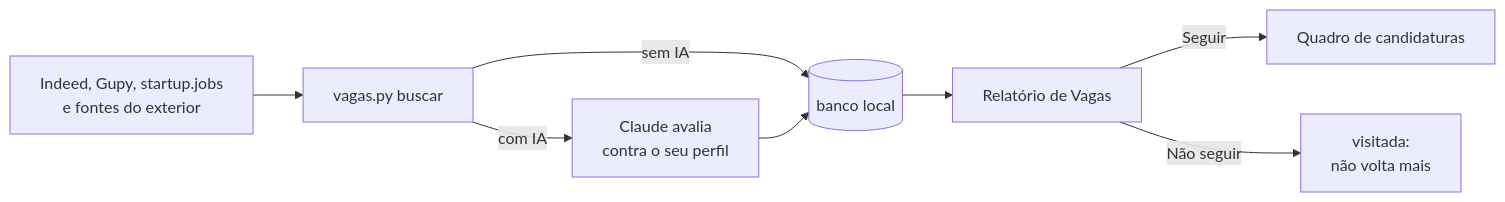
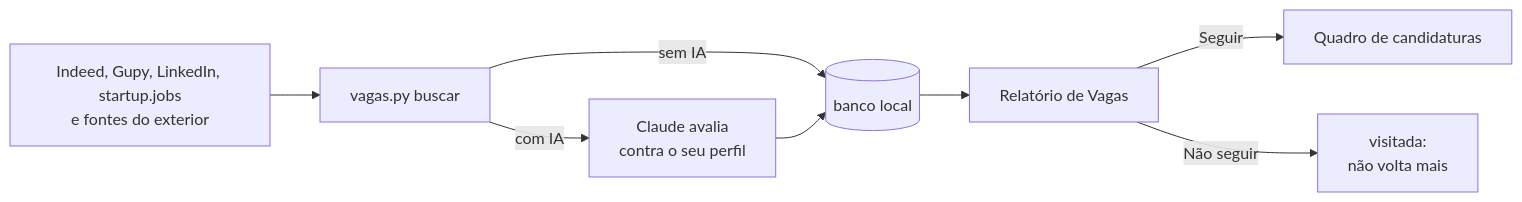
The diagram in README.md (SouMarcel/meu-proximo-trampo), drawn with Mermaid before and after one commit. The commit also changed other lines of this file and 20 other files, not shown here.

First line of the commit message:
LinkedIn na busca de vagas (spec 014) e constituição 2.0.0

````diff
--- a/README.md
+++ b/README.md
@@ -72,10 +72,10 @@
 ```mermaid
 flowchart LR
-  A[Indeed, Gupy, startup.jobs<br/>e fontes do exterior] --> B[vagas.py buscar]
+  A[Indeed, Gupy, LinkedIn, startup.jobs<br/>e fontes do exterior] --> B[vagas.py buscar]
   B -->|sem IA| D[(banco local)]
   B -->|com IA| C[Claude avalia<br/>contra o seu perfil]
   C --> D
   D --> E[Relatório de Vagas]
   E -->|Seguir| F[Quadro de candidaturas]
   E -->|Não seguir| G[visitada:<br/>não volta mais]
 ```
````
